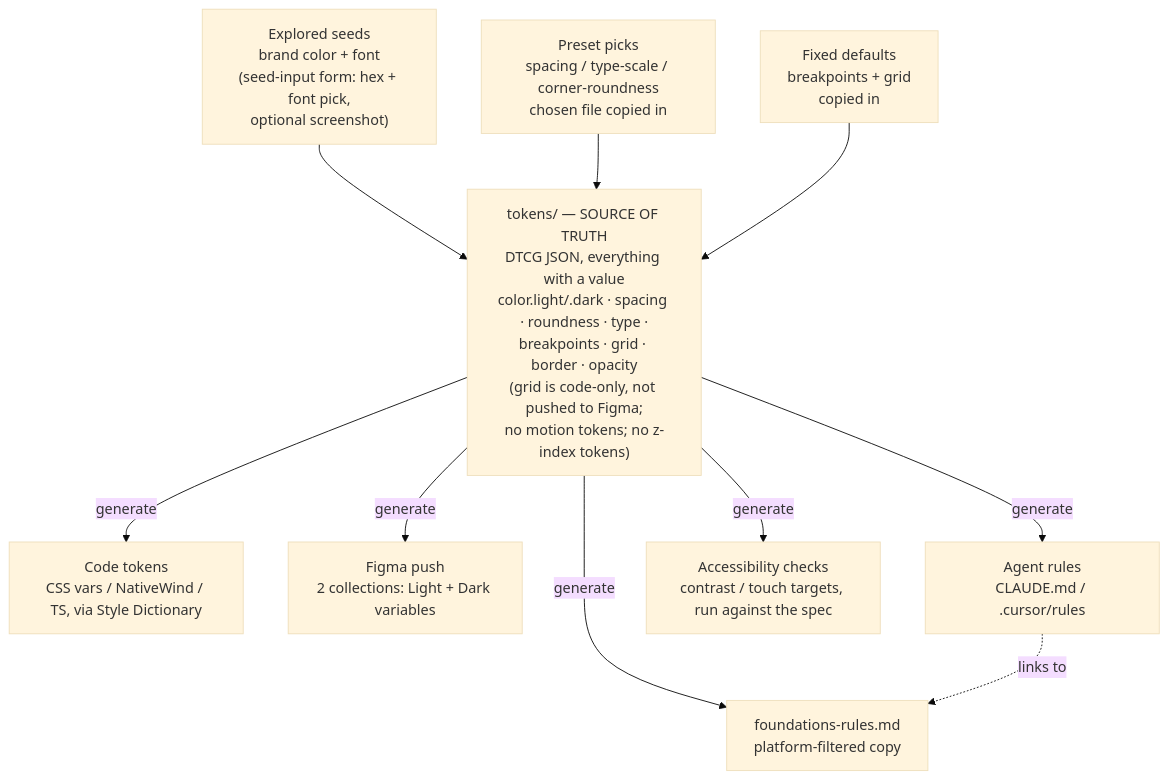
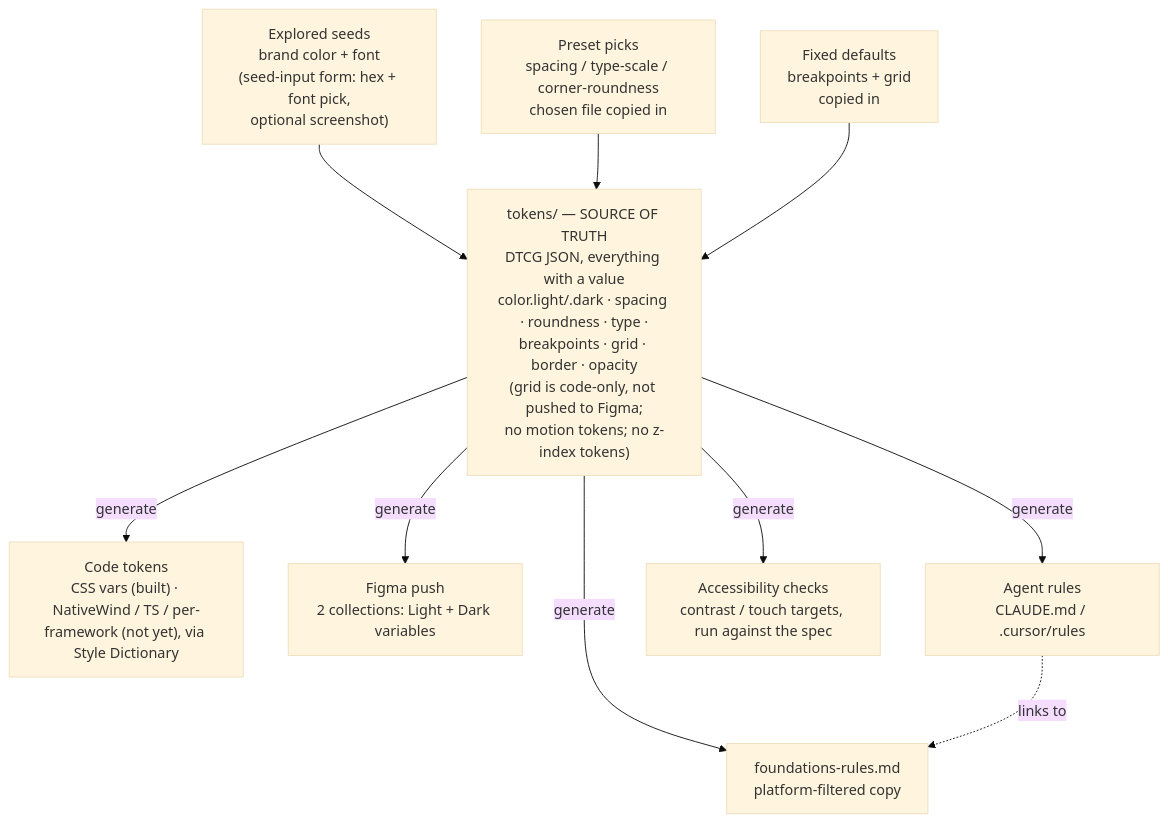
The fourth of 4 diagrams in pipeline-plan.md (graphicalmike-ops/Scaffolded-Design-System-Generation-Tool-SDSGT), drawn with Mermaid (base theme) before and after one commit. The commit also changed other lines of this file and 9 other files, not shown here.

First line of the commit message:
Add generate command: Style Dictionary CSS tokens + Tailwind v4 relabel

````diff
--- a/pipeline-plan.md
+++ b/pipeline-plan.md
@@ -329,26 +331,26 @@
 ```mermaid
 flowchart TD
     explored["Explored seeds<br/>brand color + font<br/>(seed-input form: hex + font pick,<br/>optional screenshot)"]
     preset["Preset picks<br/>spacing / type-scale / corner-roundness<br/>chosen file copied in"]
     default["Fixed defaults<br/>breakpoints + grid<br/>copied in"]
 
     tokens["tokens/ — SOURCE OF TRUTH<br/>DTCG JSON, everything with a value<br/>color.light/.dark · spacing · roundness · type ·<br/>breakpoints · grid · border · opacity<br/>(grid is code-only, not pushed to Figma;<br/>no motion tokens; no z-index tokens)"]
 
     explored --> tokens
     preset --> tokens
     default --> tokens
 
-    codeTokens["Code tokens<br/>CSS vars / NativeWind / TS, via Style Dictionary"]
+    codeTokens["Code tokens<br/>CSS vars (built) · NativeWind / TS / per-framework (not yet), via Style Dictionary"]
     figmaPush["Figma push<br/>2 collections: Light + Dark variables"]
     agentRules["Agent rules<br/>CLAUDE.md / .cursor/rules"]
     rulesDoc["foundations-rules.md<br/>platform-filtered copy"]
     a11y["Accessibility checks<br/>contrast / touch targets, run against the spec"]
 
     tokens -->|generate| codeTokens
     tokens -->|generate| figmaPush
     tokens -->|generate| agentRules
     tokens -->|generate| rulesDoc
     tokens -->|generate| a11y
 
     agentRules -.->|links to| rulesDoc
 ```
````
